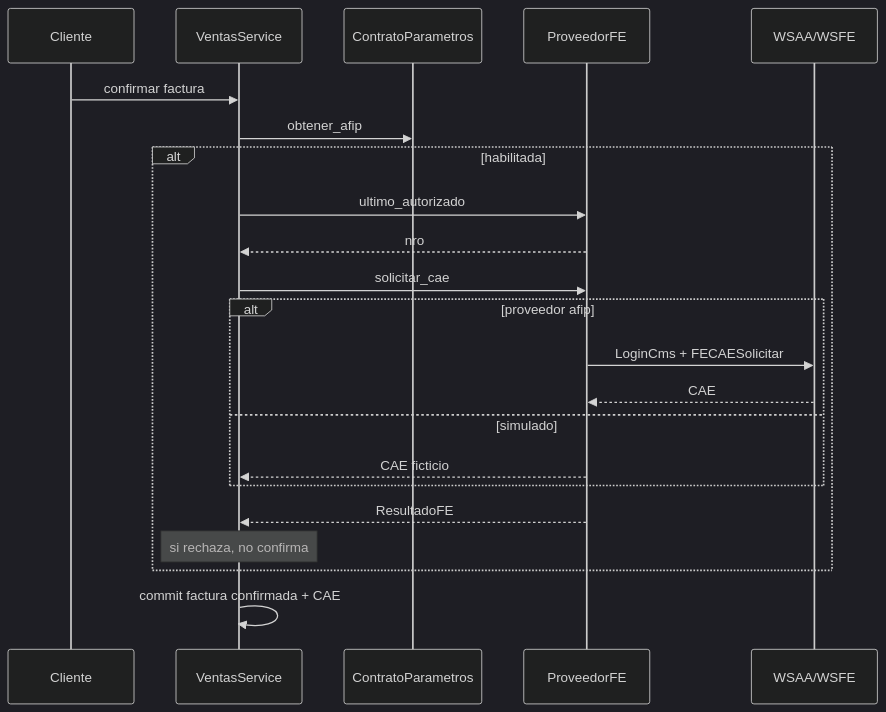
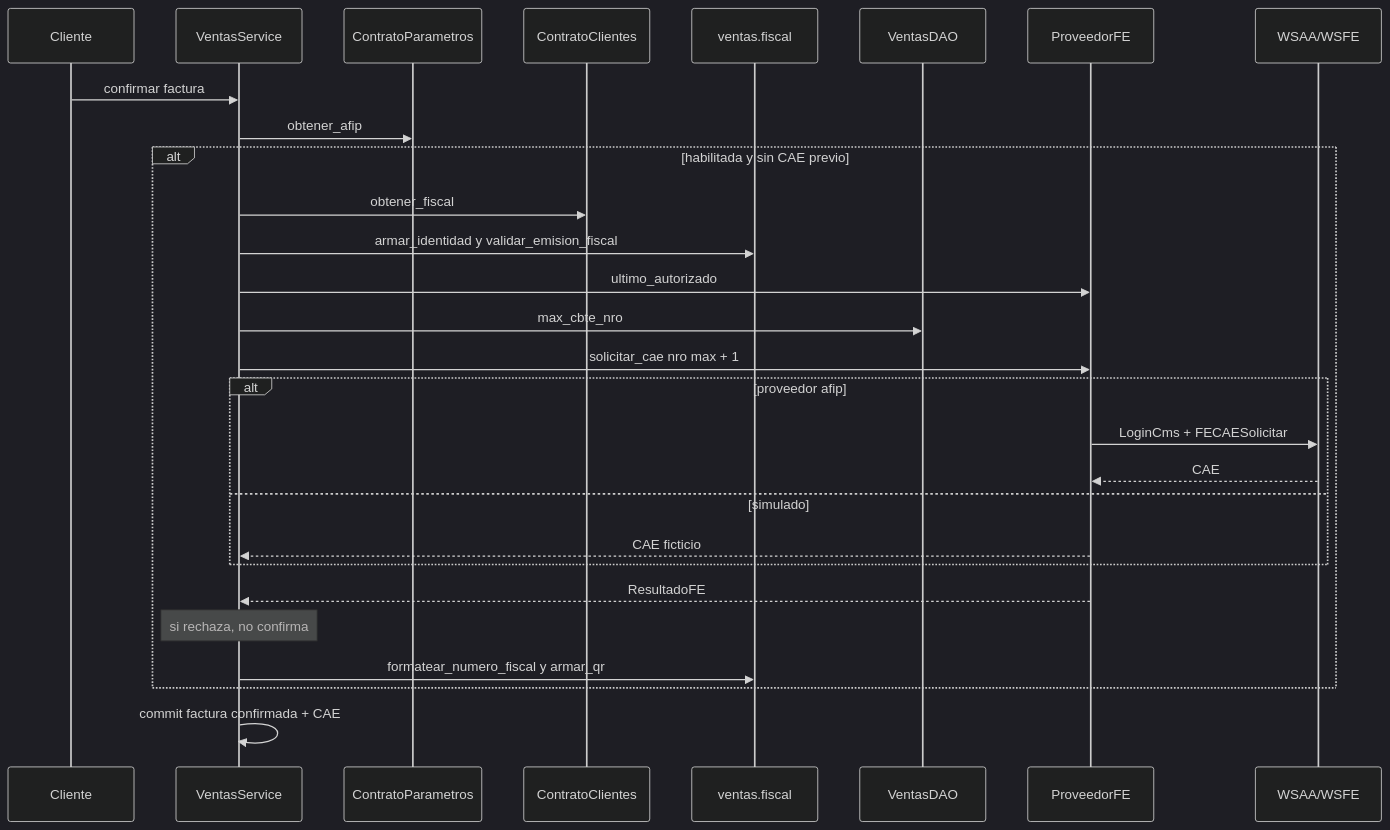
The second of 2 diagrams in docs/diagramas/ventas.md (estsan3/ventas360-api), drawn with Mermaid (dark theme) before and after one commit. The commit also changed other lines of this file and 10 other files, not shown here.

First line of the commit message:
docs: actualizar diagramas de secuencia por módulo

````diff
--- a/docs/diagramas/ventas.md
+++ b/docs/diagramas/ventas.md
@@ -43,25 +43,31 @@
 ```mermaid
 sequenceDiagram
     participant Cliente
     participant Service as VentasService
     participant Param as ContratoParametros
+    participant Clientes as ContratoClientes
+    participant Fiscal as ventas.fiscal
+    participant DAO as VentasDAO
     participant FE as ProveedorFE
     participant ARCA as WSAA/WSFE
 
     Cliente->>Service: confirmar factura
     Service->>Param: obtener_afip
-    alt habilitada
+    alt habilitada y sin CAE previo
+        Service->>Clientes: obtener_fiscal
+        Service->>Fiscal: armar_identidad y validar_emision_fiscal
         Service->>FE: ultimo_autorizado
-        FE-->>Service: nro
-        Service->>FE: solicitar_cae
+        Service->>DAO: max_cbte_nro
+        Service->>FE: solicitar_cae nro max + 1
         alt proveedor afip
             FE->>ARCA: LoginCms + FECAESolicitar
             ARCA-->>FE: CAE
         else simulado
             FE-->>Service: CAE ficticio
         end
         FE-->>Service: ResultadoFE
         Note over Service: si rechaza, no confirma
+        Service->>Fiscal: formatear_numero_fiscal y armar_qr
     end
     Service->>Service: commit factura confirmada + CAE
 ```
````
